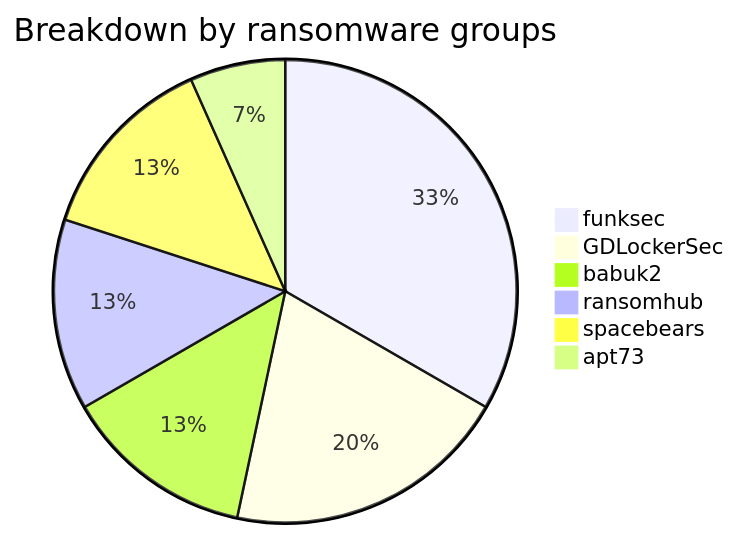
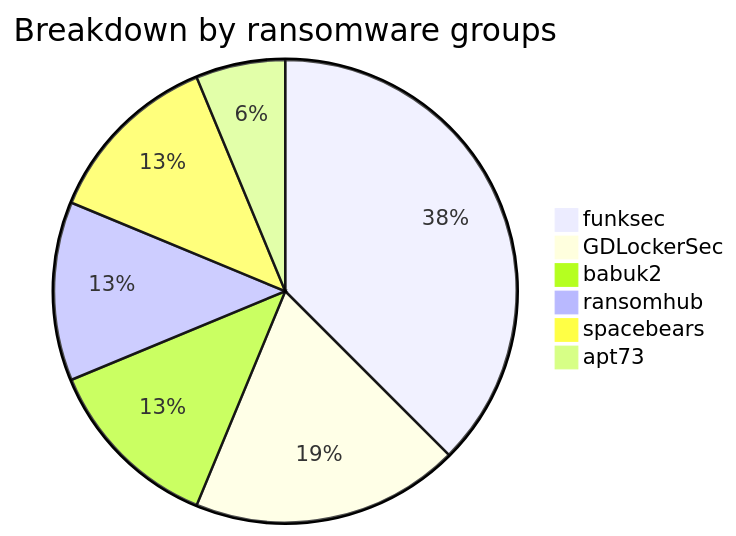
Before and after one commit to Hatchepsoute/AFRINTEL: the first of 5 diagrams in CyberAttackAfrica/2025/01-january/README.md, drawn with Mermaid. The commit also changed other lines of this file and 255 other files, not shown here.

````diff
--- a/CyberAttackAfrica/2025/01-january/README.md
+++ b/CyberAttackAfrica/2025/01-january/README.md
@@ -30,9 +30,9 @@
 ```mermaid
 pie title Breakdown by ransomware groups
-    "funksec" : 5
+    "funksec" : 6
     "GDLockerSec" : 3
     "babuk2" : 2
     "ransomhub" : 2
     "spacebears" : 2
     "apt73" : 1
 ```
````
